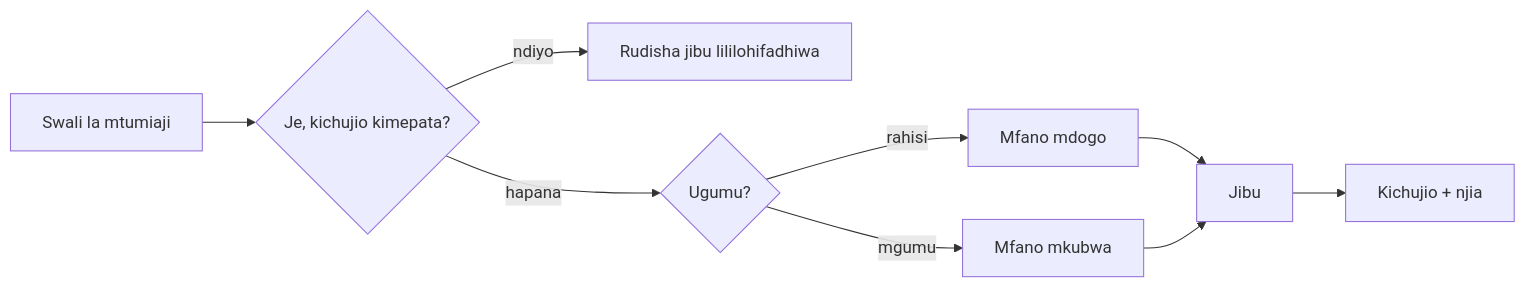
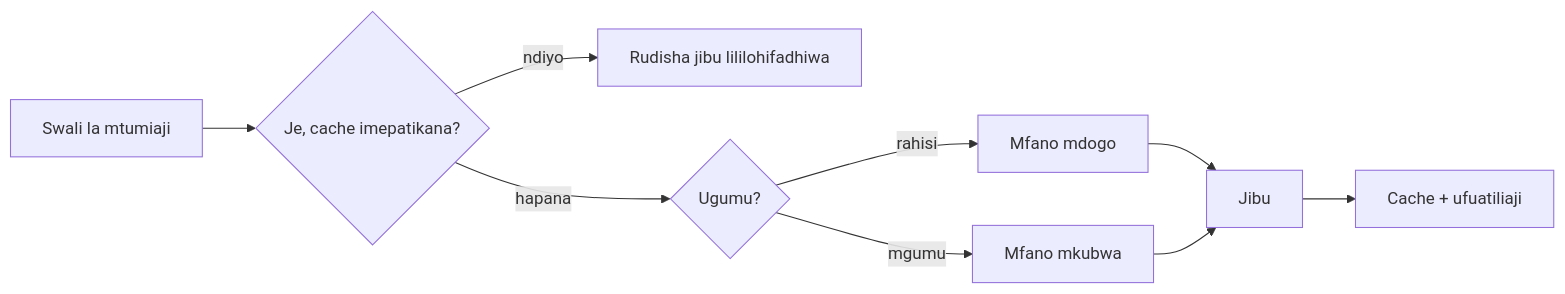
Before and after one commit to gabrielmoreira/agent-skills-mirror: the third of 4 diagrams in mirrors/repos/microsoft@ai-agents-for-beginners/translations/sw/16-deploying-scalable-agents/README.md, drawn with Mermaid. The commit also changed other lines of this file and 3581 other files, not shown here.

````diff
--- a/mirrors/repos/microsoft@ai-agents-for-beginners/translations/sw/16-deploying-scalable-agents/README.md
+++ b/mirrors/repos/microsoft@ai-agents-for-beginners/translations/sw/16-deploying-scalable-agents/README.md
@@ -134,11 +134,11 @@
 ```mermaid
 flowchart LR
-    Q[Swali la mtumiaji] --> C{Je, kichujio kimepata?}
+    Q[Swali la mtumiaji] --> C{Je, cache imepatikana?}
     C -->|ndiyo| R[Rudisha jibu lililohifadhiwa]
     C -->|hapana| Router{Ugumu?}
     Router -->|rahisi| SLM[Mfano mdogo]
     Router -->|mgumu| LLM[Mfano mkubwa]
     SLM --> Out[Jibu]
     LLM --> Out
-    Out --> Store[Kichujio + njia]
+    Out --> Store[Cache + ufuatiliaji]
 ```
````
